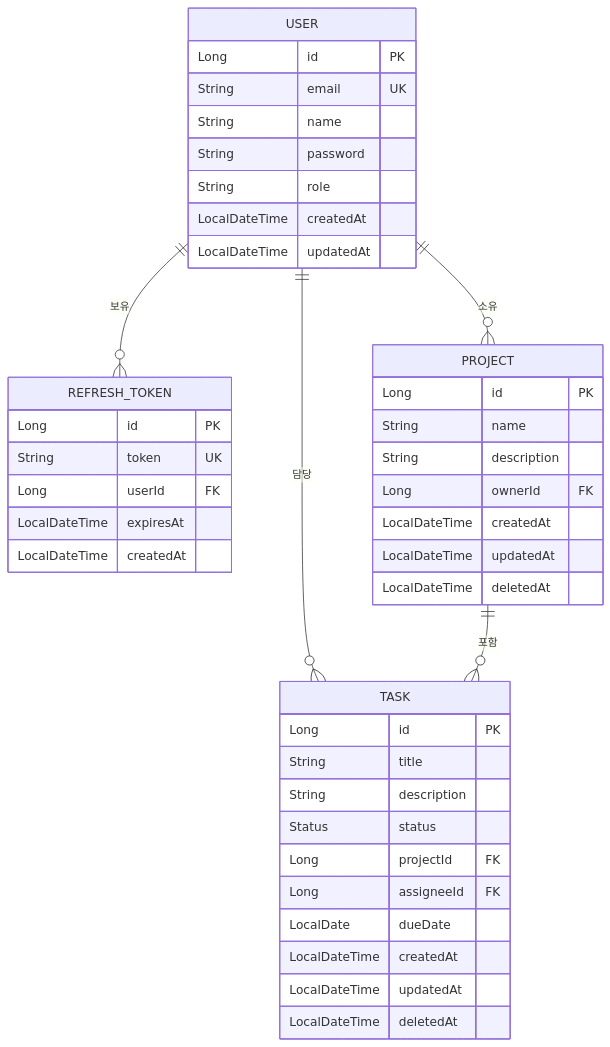
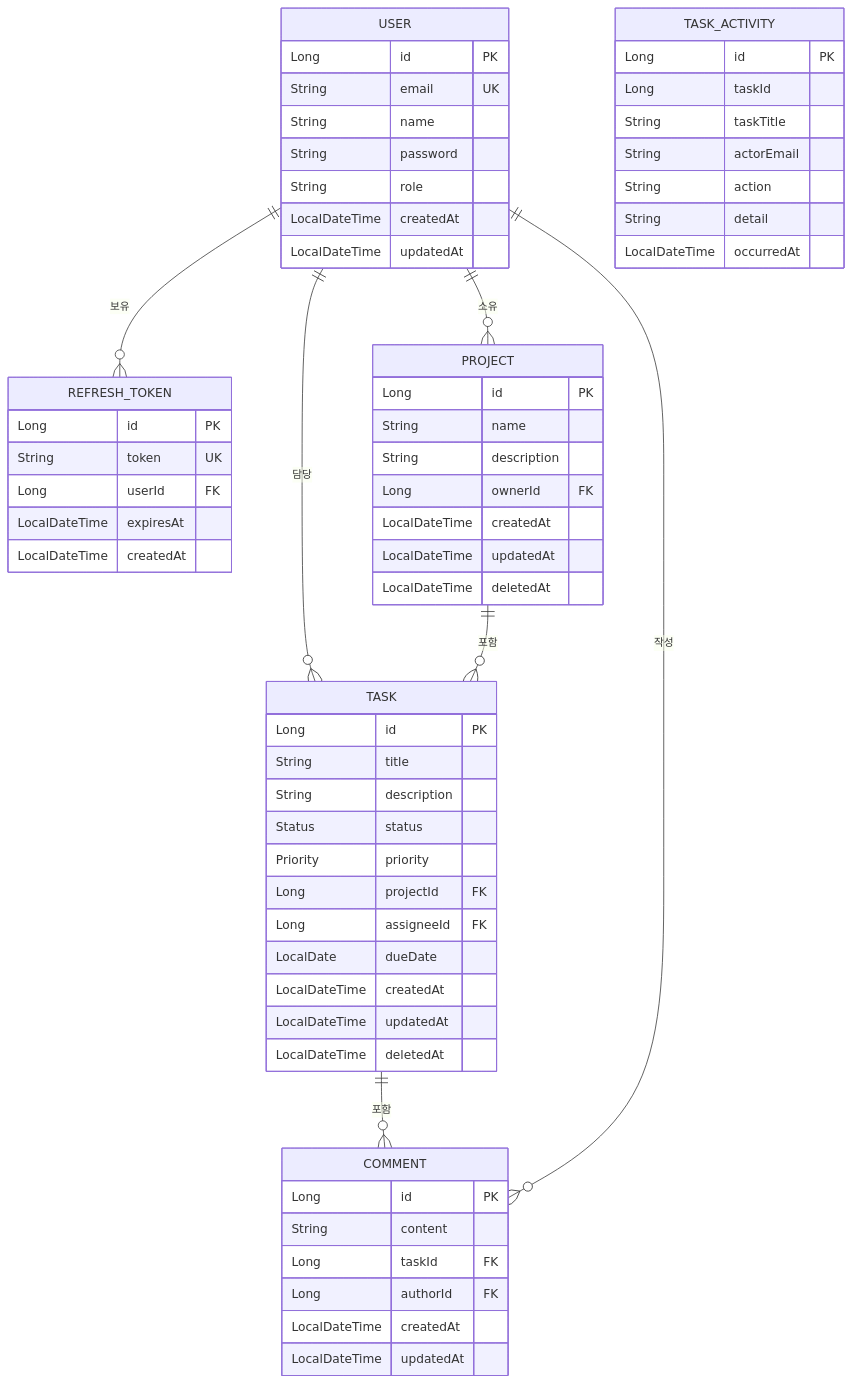
One commit to iee129/taskhive changed the first of 2 diagrams in docs/04-backend/domain-model.md. Above: the diagram before and after it, drawn with Mermaid. The commit also changed other lines of this file and 4 other files, not shown here.

````diff
--- a/docs/04-backend/domain-model.md
+++ b/docs/04-backend/domain-model.md
@@ -5,45 +5,65 @@
 ```mermaid
 erDiagram
     USER {
         Long id PK
         String email UK
         String name
         String password
         String role
         LocalDateTime createdAt
         LocalDateTime updatedAt
     }
     REFRESH_TOKEN {
         Long id PK
         String token UK
         Long userId FK
         LocalDateTime expiresAt
         LocalDateTime createdAt
     }
     PROJECT {
         Long id PK
         String name
         String description
         Long ownerId FK
         LocalDateTime createdAt
         LocalDateTime updatedAt
         LocalDateTime deletedAt
     }
     TASK {
         Long id PK
         String title
         String description
         Status status
+        Priority priority
         Long projectId FK
         Long assigneeId FK
         LocalDate dueDate
         LocalDateTime createdAt
         LocalDateTime updatedAt
         LocalDateTime deletedAt
     }
+    COMMENT {
+        Long id PK
+        String content
+        Long taskId FK
+        Long authorId FK
+        LocalDateTime createdAt
+        LocalDateTime updatedAt
+    }
+    TASK_ACTIVITY {
+        Long id PK
+        Long taskId
+        String taskTitle
+        String actorEmail
+        String action
+        String detail
+        LocalDateTime occurredAt
+    }
 
     USER ||--o{ REFRESH_TOKEN : "보유"
     USER ||--o{ PROJECT : "소유"
     USER ||--o{ TASK : "담당"
     PROJECT ||--o{ TASK : "포함"
+    TASK ||--o{ COMMENT : "포함"
+    USER ||--o{ COMMENT : "작성"
 ```
````
